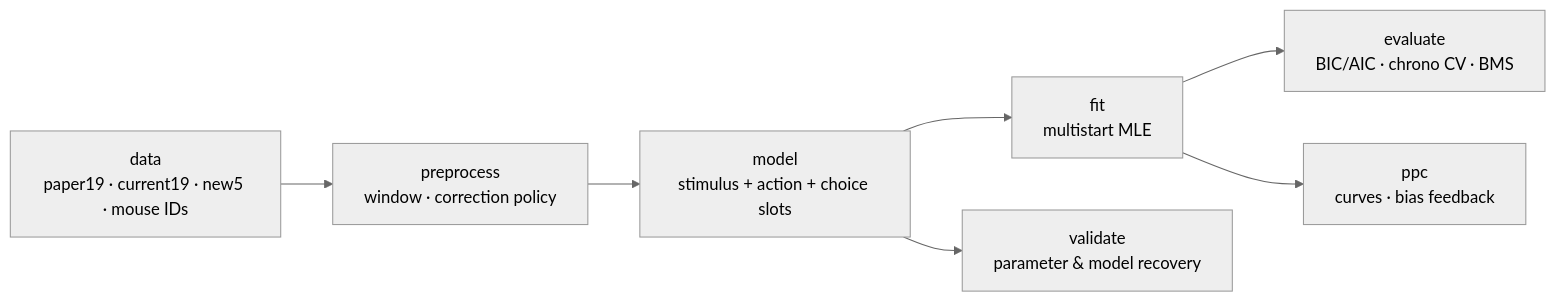
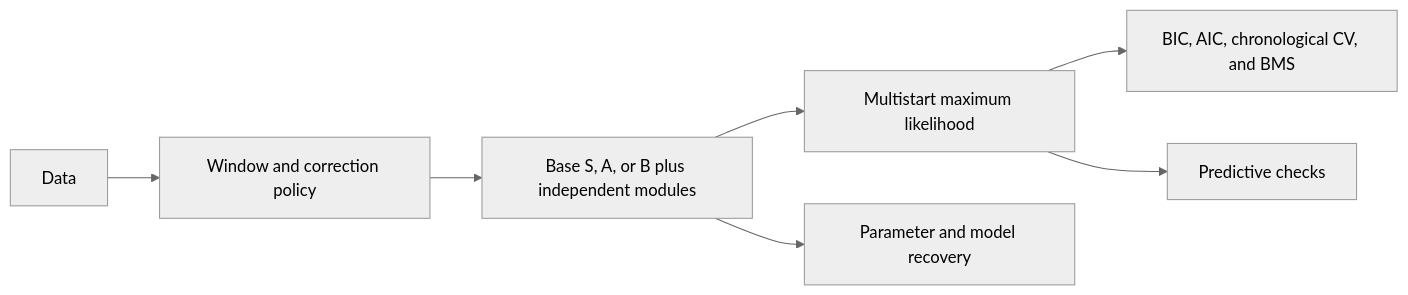
Before and after one commit to danceofthepkz/behavioral-modeling-thesis: the diagram in rl_ladder/README.md, drawn with Mermaid (neutral theme). The commit also changed other lines of this file and 77 other files, not shown here.

First line of the commit message:
Release RL ladder v0.2.4 with audited model recovery

````diff
--- a/rl_ladder/README.md
+++ b/rl_ladder/README.md
@@ -24,9 +70,9 @@
 ```mermaid
 flowchart LR
-  D[data<br/>paper19 · current19 · new5 · mouse IDs] --> P[preprocess<br/>window · correction policy]
-  P --> M[model<br/>stimulus + action + choice slots]
-  M --> F[fit<br/>multistart MLE]
-  F --> E[evaluate<br/>BIC/AIC · chrono CV · BMS]
-  M --> V[validate<br/>parameter & model recovery]
-  F --> C[ppc<br/>curves · bias feedback]
+  D[Data] --> P[Window and correction policy]
+  P --> M[Base S, A, or B plus independent modules]
+  M --> F[Multistart maximum likelihood]
+  F --> E[BIC, AIC, chronological CV, and BMS]
+  M --> V[Parameter and model recovery]
+  F --> C[Predictive checks]
 ```
````
